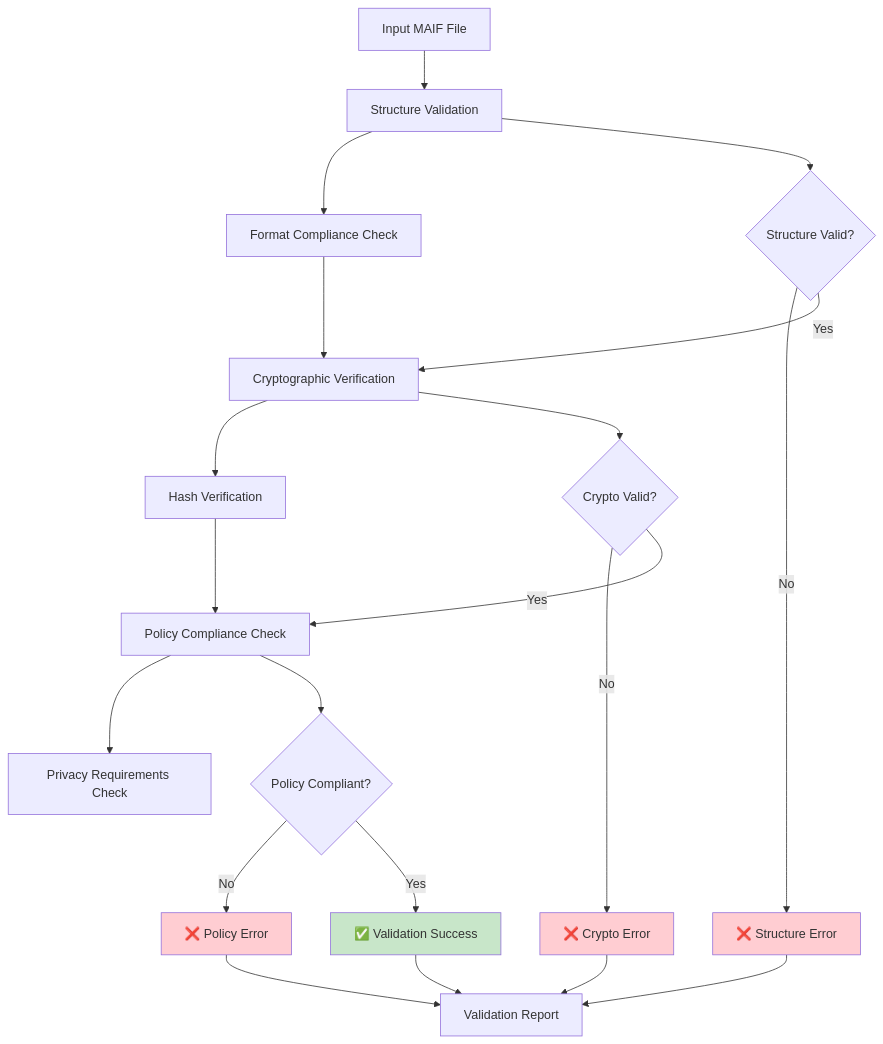
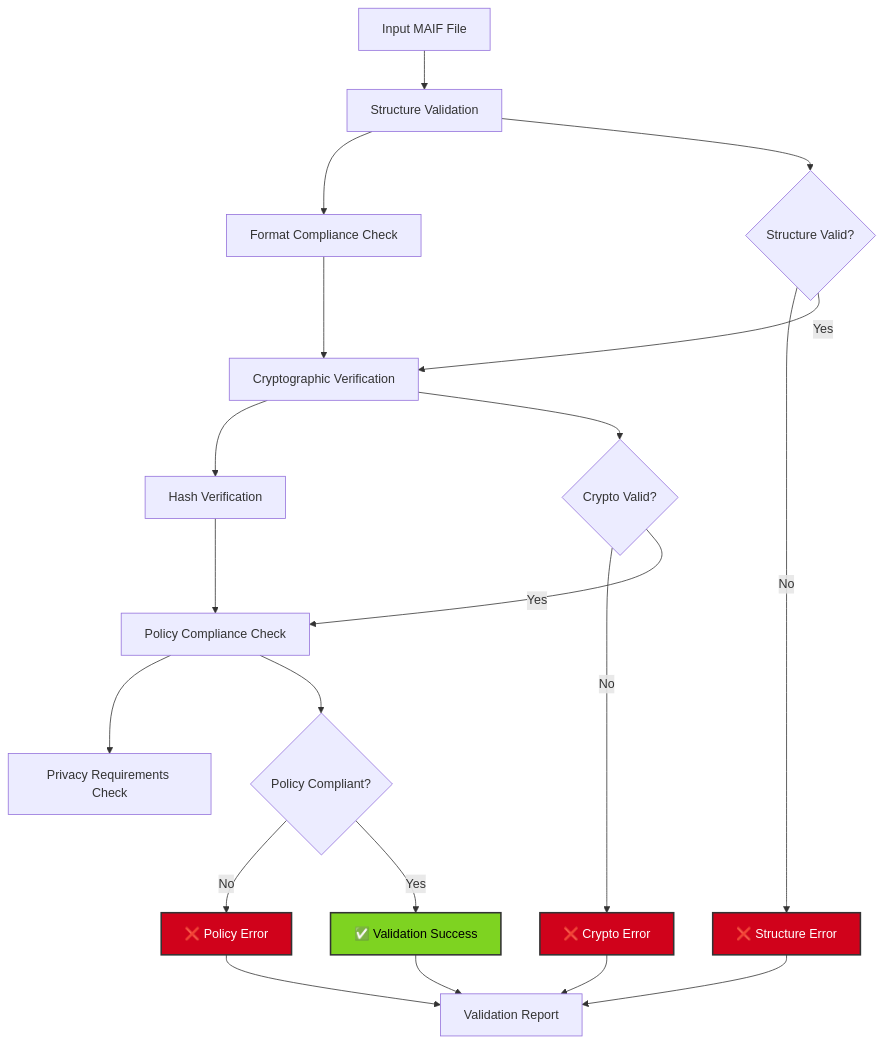
Diagram 14 of 24 in SECURITY_SPECIFICATION.md (mbhatt1/maifscratch), drawn with Mermaid before and after one commit. The commit also changed other lines of this file, not shown here.

````diff
--- a/SECURITY_SPECIFICATION.md
+++ b/SECURITY_SPECIFICATION.md
@@ -671,31 +671,31 @@
 ```mermaid
 graph TD
     A[Input MAIF File] --> B[Structure Validation]
     B --> C[Format Compliance Check]
     C --> D[Cryptographic Verification]
     D --> E[Hash Verification]
     E --> F[Policy Compliance Check]
     F --> G[Privacy Requirements Check]
     
     B --> H{Structure Valid?}
     H -->|No| I[❌ Structure Error]
     H -->|Yes| D
     
     D --> J{Crypto Valid?}
     J -->|No| K[❌ Crypto Error]
     J -->|Yes| F
     
     F --> L{Policy Compliant?}
     L -->|No| M[❌ Policy Error]
     L -->|Yes| N[✅ Validation Success]
     
     I --> O[Validation Report]
     K --> O
     M --> O
     N --> O
     
-    style N fill:#c8e6c9
-    style I fill:#ffcdd2
-    style K fill:#ffcdd2
-    style M fill:#ffcdd2
+    style N fill:#7ED321,stroke:#333,stroke-width:2px,color:#000
+    style I fill:#D0021B,stroke:#333,stroke-width:2px,color:#fff
+    style K fill:#D0021B,stroke:#333,stroke-width:2px,color:#fff
+    style M fill:#D0021B,stroke:#333,stroke-width:2px,color:#fff
 ```
````
